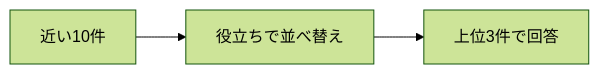
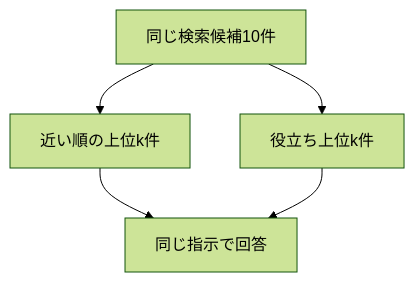
One commit to kouji0705/rag-study changed the diagram in books/cd019af39edb03/08-rerank.md. Above: the diagram before and after it, drawn with Mermaid (forest theme). The commit also changed other lines of this file and 1 other file, not shown here.

````diff
--- a/books/cd019af39edb03/08-rerank.md
+++ b/books/cd019af39edb03/08-rerank.md
@@ -13,4 +33,7 @@
 ```mermaid
-flowchart LR
-    Q["近い10件"] --> R["役立ちで並べ替え"] --> A["上位3件で回答"]
+flowchart TD
+    S["同じ検索候補10件"] --> N["近い順の上位k件"]
+    S --> R["役立ち上位k件"]
+    N --> A["同じ指示で回答"]
+    R --> A
 ```
````
